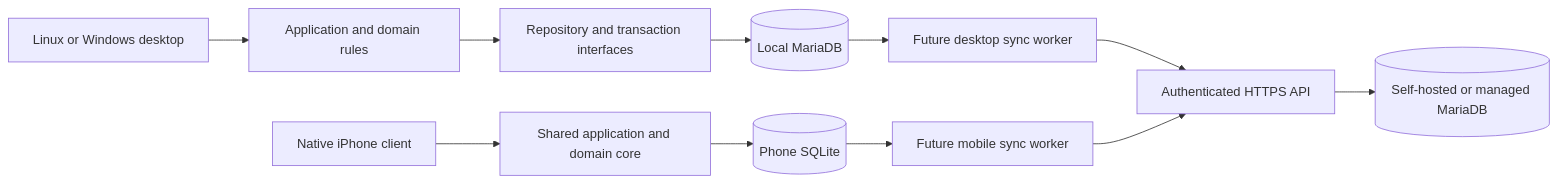
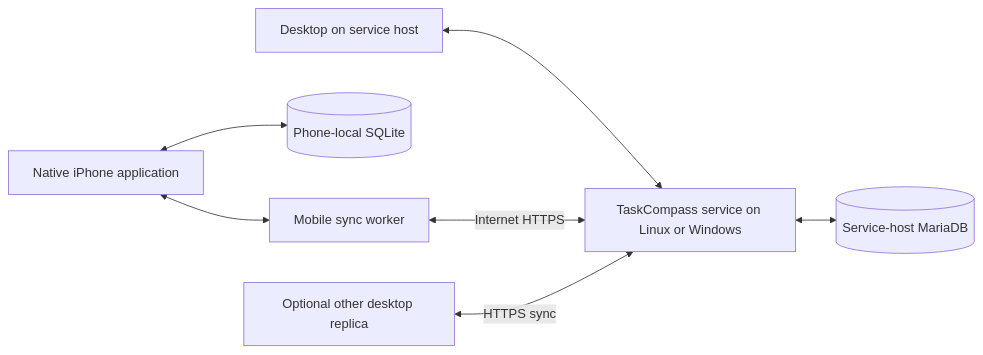
Before and after one commit to justinbloom7/TaskCompass: the diagram in docs/Architecture.md, drawn with Mermaid. The commit also changed other lines of this file and 4 other files, not shown here.

````diff
--- a/docs/Architecture.md
+++ b/docs/Architecture.md
@@ -49,13 +51,9 @@
 ```mermaid
 flowchart LR
-   DESKTOP[Linux or Windows desktop] --> APP[Application and domain rules]
-   APP --> PORT[Repository and transaction interfaces]
-   PORT --> MARIA[(Local MariaDB)]
-   PHONE[Native iPhone client] --> CORE[Shared application and domain core]
-   CORE --> SQLITE[(Phone SQLite)]
-   MARIA --> SYNC[Future desktop sync worker]
-   SQLITE --> MSYNC[Future mobile sync worker]
-   SYNC --> API[Authenticated HTTPS API]
-   MSYNC --> API
-   API --> HOST[(Self-hosted or managed MariaDB)]
+   DESKTOP[Desktop on service host] <--> SERVICE[TaskCompass service on Linux or Windows]
+   SERVICE <--> MARIA[(Service-host MariaDB)]
+   PHONE[Native iPhone application] <--> SQLITE[(Phone-local SQLite)]
+   PHONE <--> SYNC[Mobile sync worker]
+   SYNC <-->|Internet HTTPS| SERVICE
+   OTHER[Optional other desktop replica] <-->|HTTPS sync| SERVICE
 ```
````
